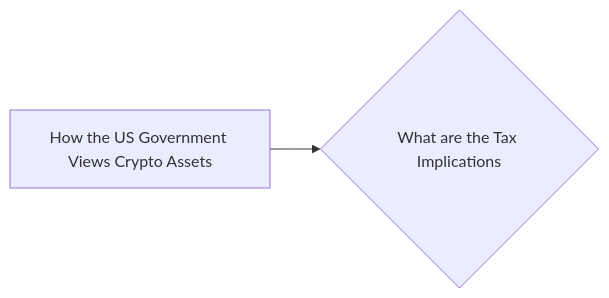
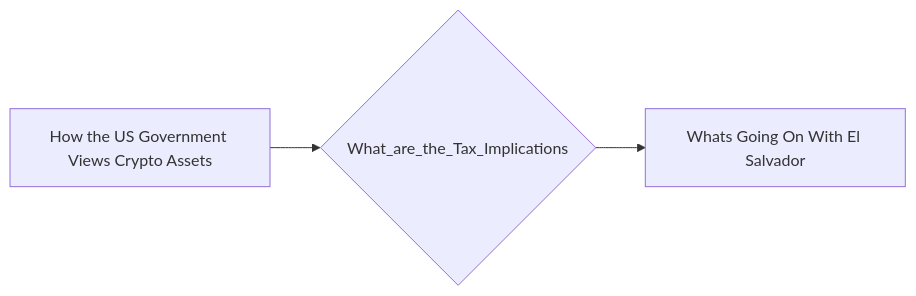
One commit to lpurdy01/crypto-knowledge-map changed the diagram in notes/What_are_the_Tax_Implications.md. Above: the diagram before and after it, drawn with Mermaid. The commit also changed 161 other files, not shown here.

````diff
--- a/notes/What_are_the_Tax_Implications.md
+++ b/notes/What_are_the_Tax_Implications.md
@@ -6,4 +6,5 @@
 ```mermaid
 graph LR
-1["How the US Government Views Crypto Assets"]-->0{"What are the Tax Implications"}
+1["How the US Government Views Crypto Assets"]-->0{"What_are_the_Tax_Implications"}
+0{"What_are_the_Tax_Implications"}-->2["Whats Going On With El Salvador"]
 ```
````
